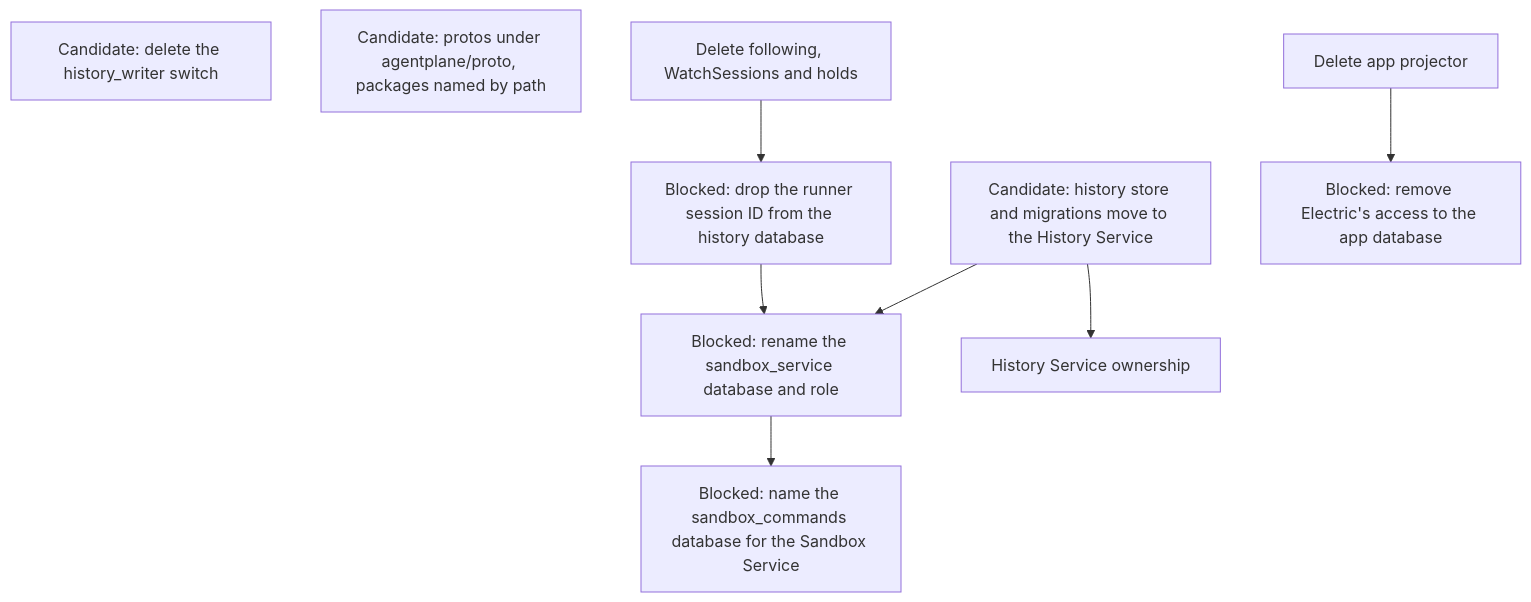
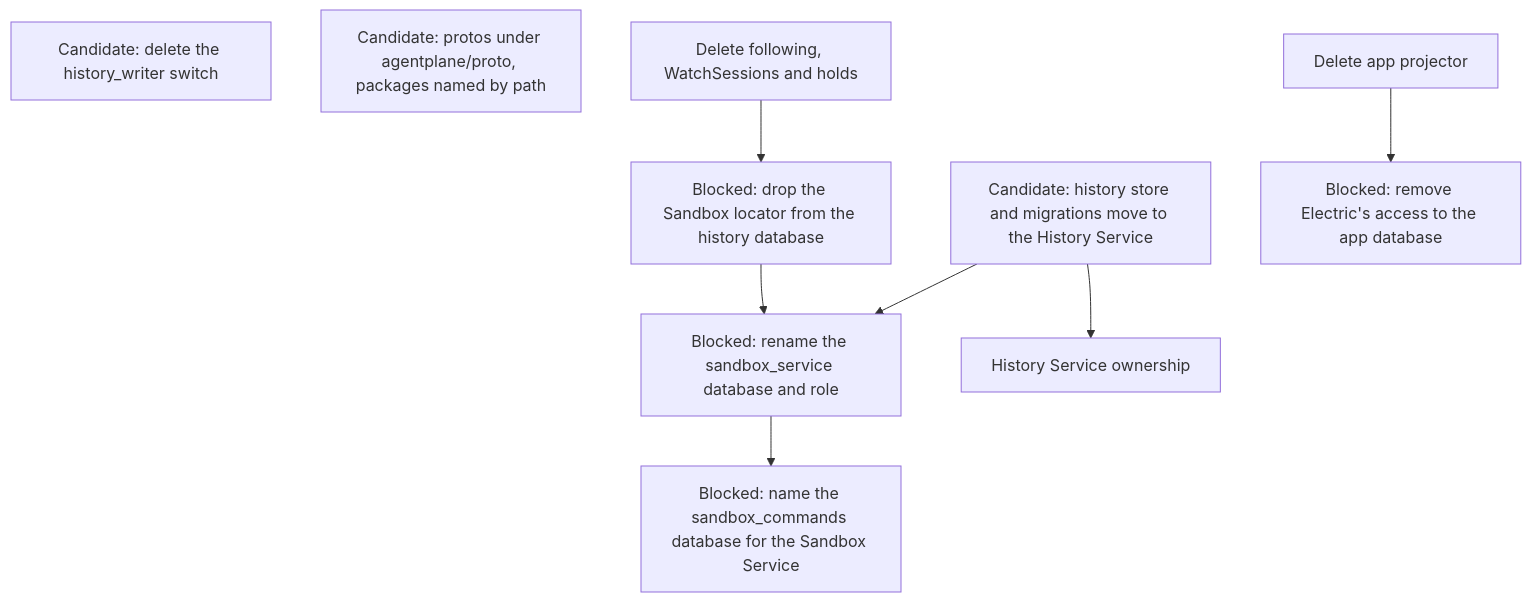
One commit to agentydragon-agent/ducktape changed the tenth of 12 diagrams in agentplane/plans/task_dag.md. Above: the diagram before and after it, drawn with Mermaid. The commit also changed other lines of this file, not shown here.

First line of the commit message:
agentplane: one DAG node drops the history store's Sandbox locator (#9897)

````diff
--- a/agentplane/plans/task_dag.md
+++ b/agentplane/plans/task_dag.md
@@ -751,18 +751,18 @@
 ```mermaid
 flowchart TD
-    HISTORY_RUNNER_SESSION_ID_DROP[Blocked: drop the runner session ID from the history database]
+    HISTORY_SANDBOX_LOCATOR_DROP[Blocked: drop the Sandbox locator from the history database]
     HISTORY_STORE_MOVE[Candidate: history store and migrations move to the History Service]
     HISTORY_WRITER_SWITCH_RETIRE[Candidate: delete the history_writer switch]
     HISTORY_DATABASE_RENAME[Blocked: rename the sandbox_service database and role]
     SANDBOX_DATABASE_RENAME[Blocked: name the sandbox_commands database for the Sandbox Service]
     APP_ELECTRIC_RETIRE[Blocked: remove Electric's access to the app database]
     PROTO_DIRECTORY[Candidate: protos under agentplane/proto, packages named by path]
     APP_PROJECTOR_RETIRE[Delete app projector]
     HISTORY_SERVICE_OWNERSHIP[History Service ownership]
     HISTORY_STORE_MOVE --> HISTORY_SERVICE_OWNERSHIP
     HISTORY_STORE_MOVE --> HISTORY_DATABASE_RENAME
-    FOLLOW_PATH_RETIRE[Delete following, WatchSessions and holds] --> HISTORY_RUNNER_SESSION_ID_DROP
-    HISTORY_RUNNER_SESSION_ID_DROP --> HISTORY_DATABASE_RENAME
+    FOLLOW_PATH_RETIRE[Delete following, WatchSessions and holds] --> HISTORY_SANDBOX_LOCATOR_DROP
+    HISTORY_SANDBOX_LOCATOR_DROP --> HISTORY_DATABASE_RENAME
     HISTORY_DATABASE_RENAME --> SANDBOX_DATABASE_RENAME
     APP_PROJECTOR_RETIRE --> APP_ELECTRIC_RETIRE
 ```
````
